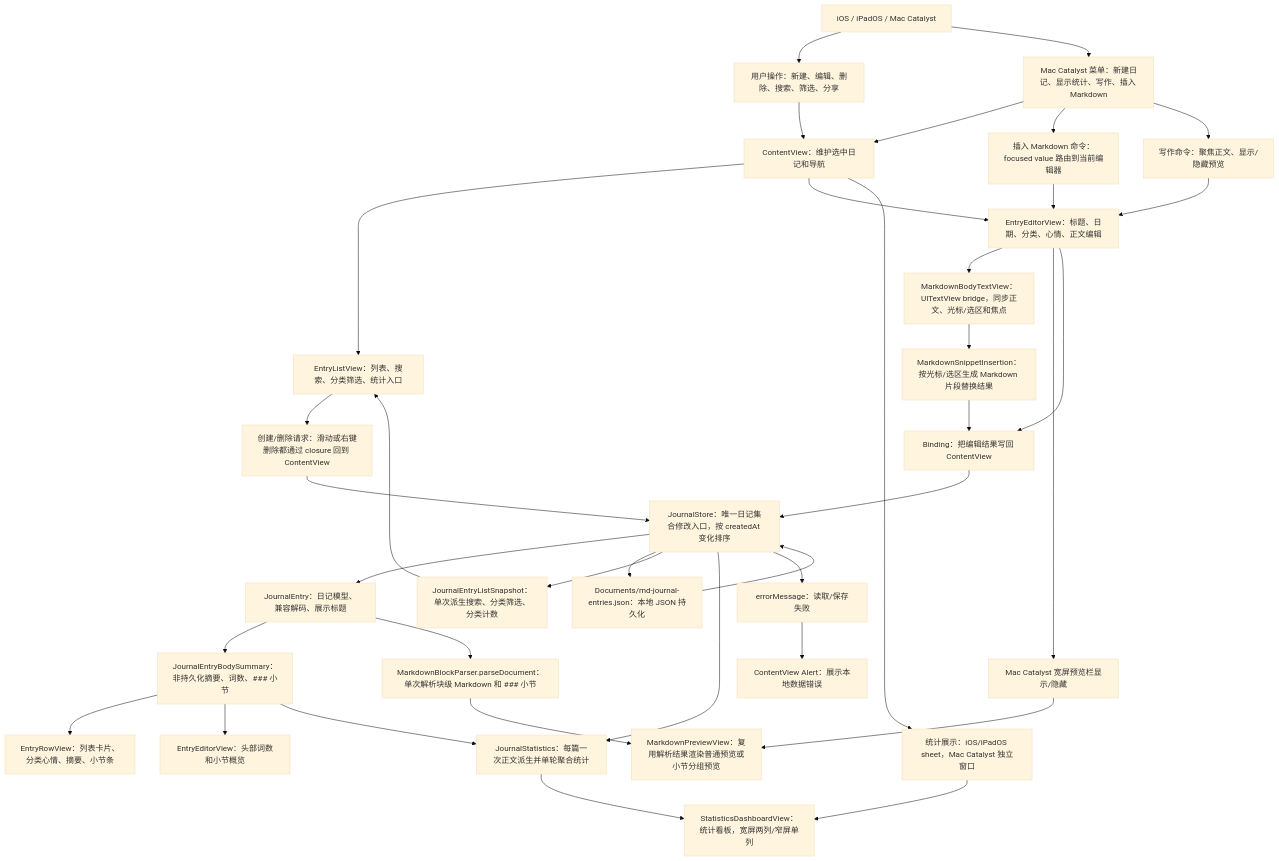
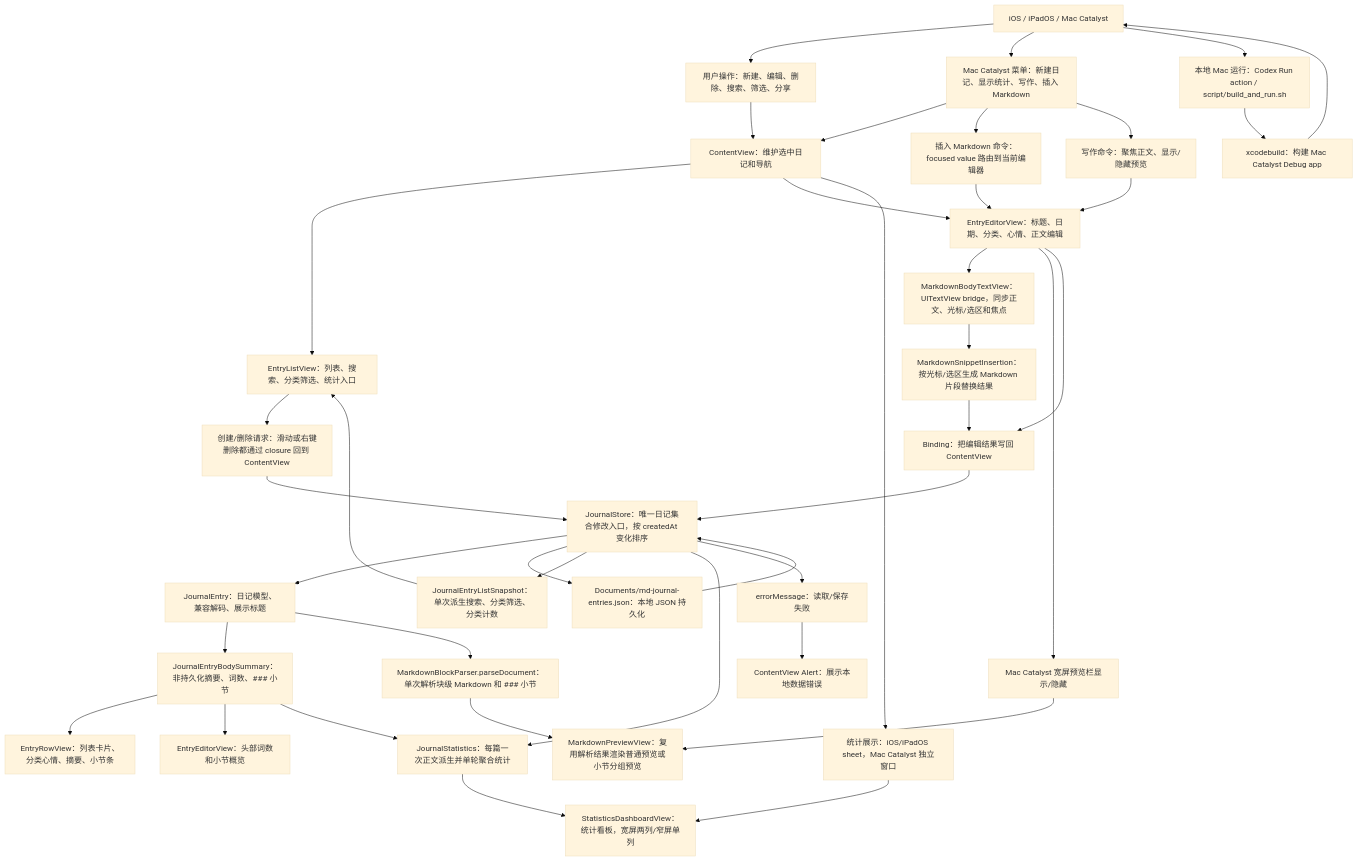
One commit to Altman-sam114/117 changed the first of 6 diagrams in md/flow/flowchart.md. Above: the diagram before and after it, drawn with Mermaid (base theme). The commit also changed other lines of this file and 8 other files, not shown here.

````diff
--- a/md/flow/flowchart.md
+++ b/md/flow/flowchart.md
@@ -9,39 +9,42 @@
 ```mermaid
 flowchart TD
   Platform["iOS / iPadOS / Mac Catalyst"] --> User["用户操作：新建、编辑、删除、搜索、筛选、分享"]
   Platform --> Menu["Mac Catalyst 菜单：新建日记、显示统计、写作、插入 Markdown"]
+  Platform --> LocalRun["本地 Mac 运行：Codex Run action / script/build_and_run.sh"]
+  LocalRun --> CatalystBuild["xcodebuild：构建 Mac Catalyst Debug app"]
+  CatalystBuild --> Platform
   User --> CV["ContentView：维护选中日记和导航"]
   Menu --> CV
   CV --> List["EntryListView：列表、搜索、分类筛选、统计入口"]
   CV --> Editor["EntryEditorView：标题、日期、分类、心情、正文编辑"]
   Menu --> SnippetCommand["插入 Markdown 命令：focused value 路由到当前编辑器"]
   SnippetCommand --> Editor
   Menu --> WritingCommand["写作命令：聚焦正文、显示/隐藏预览"]
   WritingCommand --> Editor
   Editor --> BodyTextView["MarkdownBodyTextView：UITextView bridge，同步正文、光标/选区和焦点"]
   BodyTextView --> SnippetInsertion["MarkdownSnippetInsertion：按光标/选区生成 Markdown 片段替换结果"]
   SnippetInsertion --> Binding
   Editor --> PreviewToggle["Mac Catalyst 宽屏预览栏显示/隐藏"]
   PreviewToggle --> Preview
   List --> CreateDelete["创建/删除请求：滑动或右键删除都通过 closure 回到 ContentView"]
   Editor --> Binding["Binding<JournalEntry>：把编辑结果写回 ContentView"]
   CreateDelete --> Store["JournalStore：唯一日记集合修改入口，按 createdAt 变化排序"]
   Binding --> Store
   Store --> Model["JournalEntry：日记模型、兼容解码、展示标题"]
   Store --> JSON["Documents/md-journal-entries.json：本地 JSON 持久化"]
   JSON --> Store
   Model --> Summary["JournalEntryBodySummary：非持久化摘要、词数、### 小节"]
   Store --> ListSnapshot["JournalEntryListSnapshot：单次派生搜索、分类筛选、分类计数"]
   ListSnapshot --> List
   Model --> Parser["MarkdownBlockParser.parseDocument：单次解析块级 Markdown 和 ### 小节"]
   Parser --> Preview["MarkdownPreviewView：复用解析结果渲染普通预览或小节分组预览"]
   Store --> Stats["JournalStatistics：每篇一次正文派生并单轮聚合统计"]
   CV --> StatsSurface["统计展示：iOS/iPadOS sheet，Mac Catalyst 独立窗口"]
   StatsSurface --> Dashboard["StatisticsDashboardView：统计看板，宽屏两列/窄屏单列"]
   Stats --> Dashboard
   Summary --> Row["EntryRowView：列表卡片、分类心情、摘要、小节条"]
   Summary --> EditorStats["EntryEditorView：头部词数和小节概览"]
   Summary --> Stats
   Store --> Error["errorMessage：读取/保存失败"]
   Error --> Alert["ContentView Alert：展示本地数据错误"]
 ```
````
